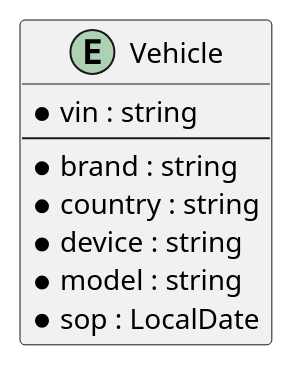
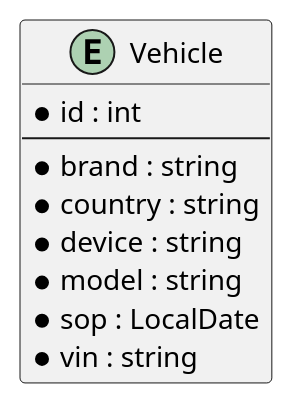
One commit to Dinesh-s95/AutoDoc.ai changed the fourth of 4 diagrams in vehiclemanagement/documentation/detaileddesign.adoc. Above: the diagram before and after it, drawn with PlantUML. The commit also changed other lines of this file and 15 other files, not shown here.

```diff
--- a/vehiclemanagement/documentation/detaileddesign.adoc
+++ b/vehiclemanagement/documentation/detaileddesign.adoc
@@ -121,14 +129,15 @@
 [plantuml, entity-relationship-diagram, png]
 ----
 @startuml
 entity "Vehicle" {
-  * vin : string
+  * id : int
   --
   * brand : string
   * country : string
   * device : string
   * model : string
   * sop : LocalDate
+  * vin : string
 }
 @enduml
 ----
```
